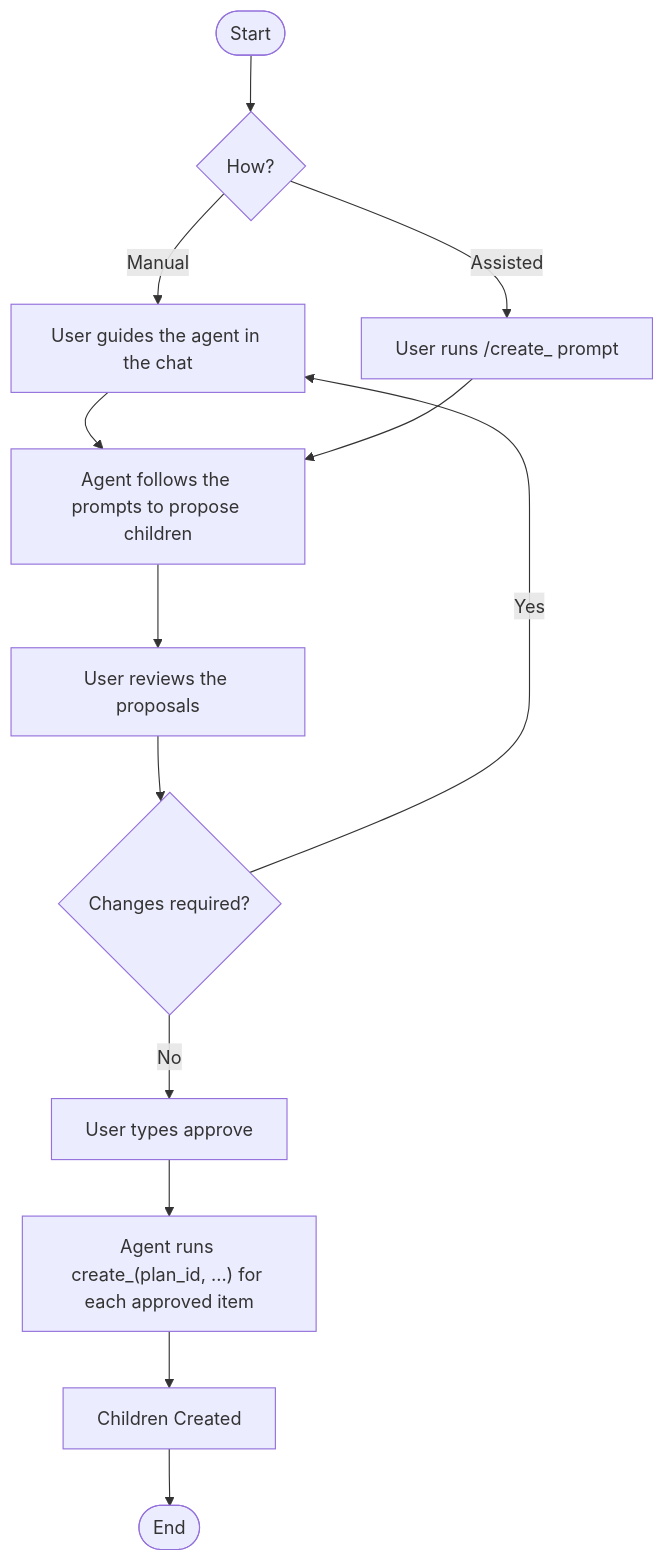
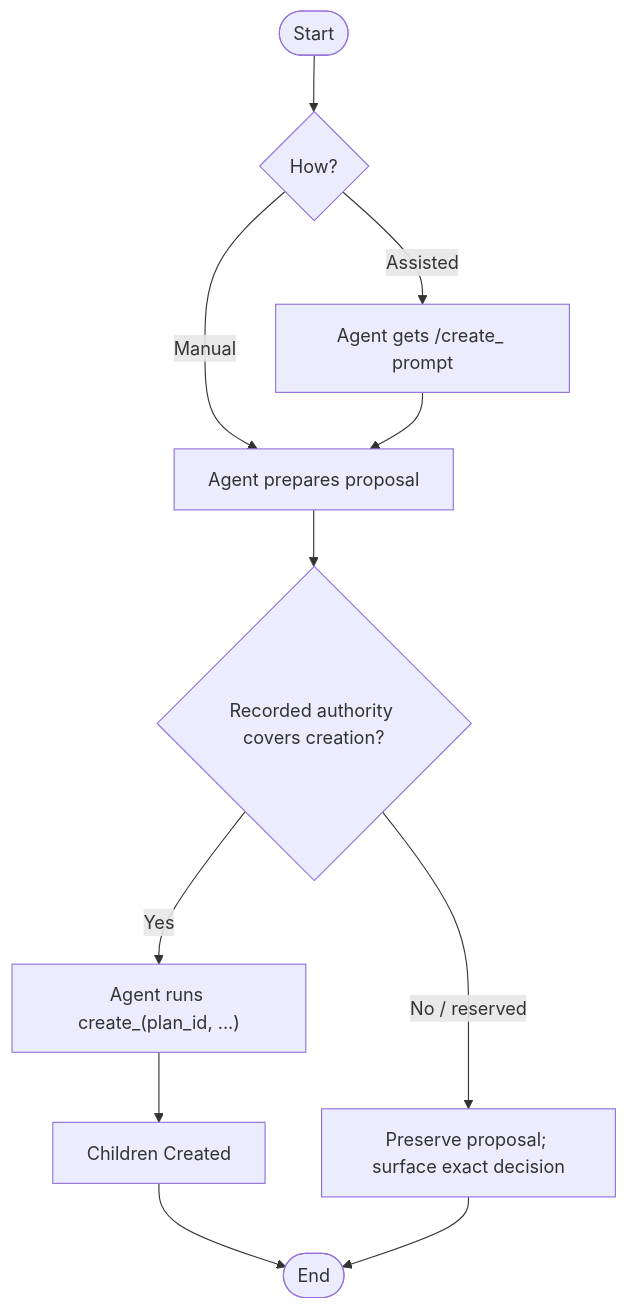
The second of 3 diagrams in docs/project_workflow.md (sgrade/plan-manager), drawn with Mermaid before and after one commit. The commit also changed other lines of this file and 31 other files, not shown here.

````diff
--- a/docs/project_workflow.md
+++ b/docs/project_workflow.md
@@ -47,14 +52,11 @@
 ```mermaid
 graph TD
     N1([Start]) --> N2{How?};
-    N2 -- Manual --> N3[User guides the agent in the chat] --> N5;
-    N2 -- Assisted --> N4["User runs /create_<children> prompt"] --> N5;
-    N5["Agent follows the prompts to propose children"];
-    N5 --> N6["User reviews the proposals"];
-    N6 --> N7{"Changes required?"};
-    N7 -- Yes --> N3;
-    N7 -- No --> N8["User types approve"] --> N9;
-    N9["Agent runs create_<child>(plan_id, ...) for each approved item"];
-    N9 --> N10[Children Created];
-    N10 --> N11([End]);
+    N2 -- Manual --> N5["Agent prepares proposal"];
+    N2 -- Assisted --> N4["Agent gets /create_<children> prompt"] --> N5;
+    N5 --> N6{Recorded authority covers creation?};
+    N6 -- Yes --> N7["Agent runs create_<child>(plan_id, ...)"];
+    N6 -- No / reserved --> N8["Preserve proposal; surface exact decision"];
+    N7 --> N9[Children Created] --> N10([End]);
+    N8 --> N10;
 ```
````
